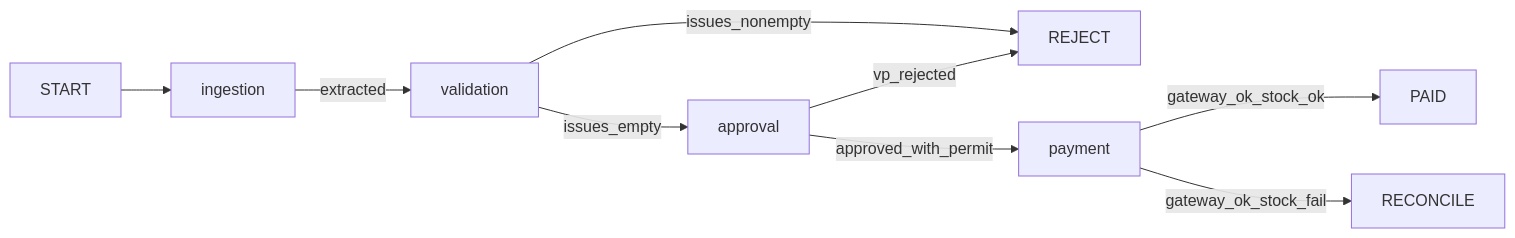
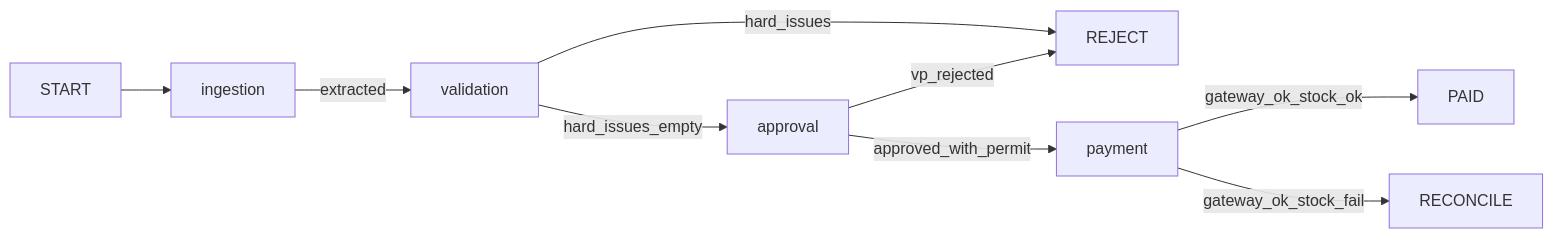
One commit to Rinnegan27/acme-invoice-system changed the diagram in docs/architecture.md. Above: the diagram before and after it, drawn with Mermaid. The commit also changed other lines of this file and 23 other files, not shown here.

````diff
--- a/docs/architecture.md
+++ b/docs/architecture.md
@@ -9,11 +9,11 @@
 ```mermaid
 flowchart LR
   START --> ING["ingestion"]
   ING -->|extracted| VAL["validation"]
-  VAL -->|issues_nonempty| REJ["REJECT"]
-  VAL -->|issues_empty| APP["approval"]
+  VAL -->|hard_issues| REJ["REJECT"]
+  VAL -->|hard_issues_empty| APP["approval"]
   APP -->|vp_rejected| REJ
   APP -->|approved_with_permit| PAY["payment"]
   PAY -->|gateway_ok_stock_ok| PAID["PAID"]
   PAY -->|gateway_ok_stock_fail| REC["RECONCILE"]
 ```
````
